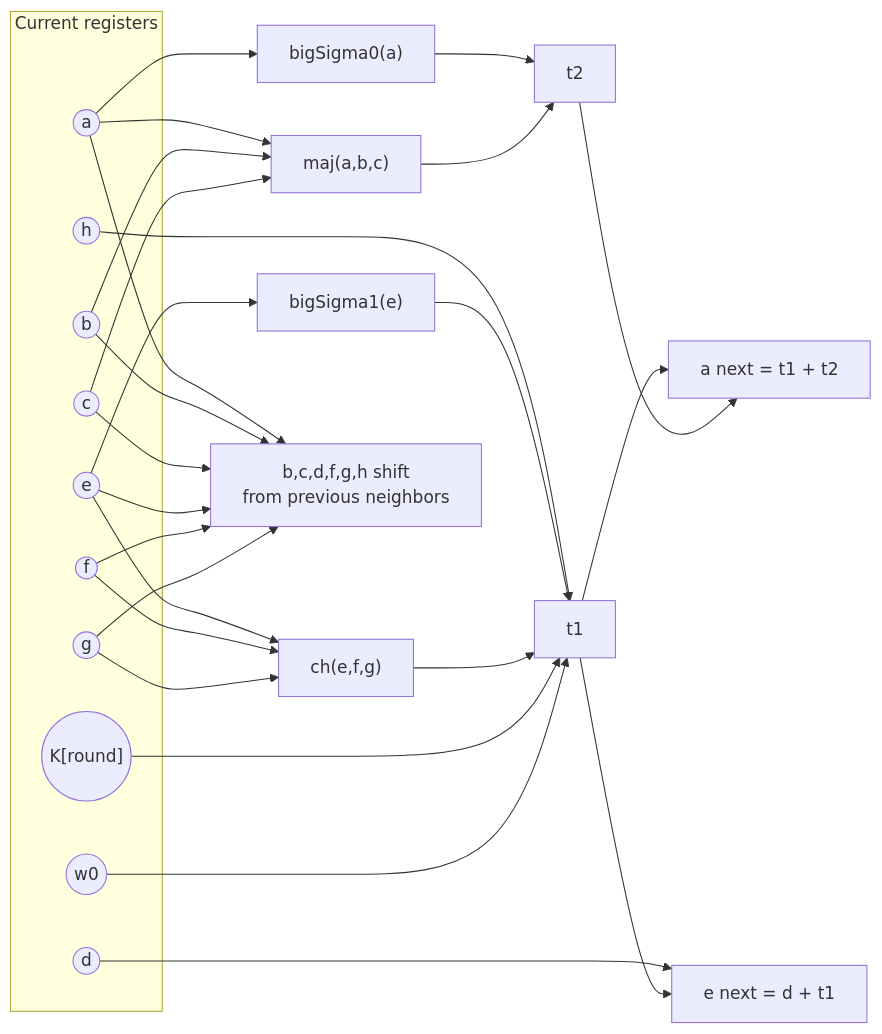
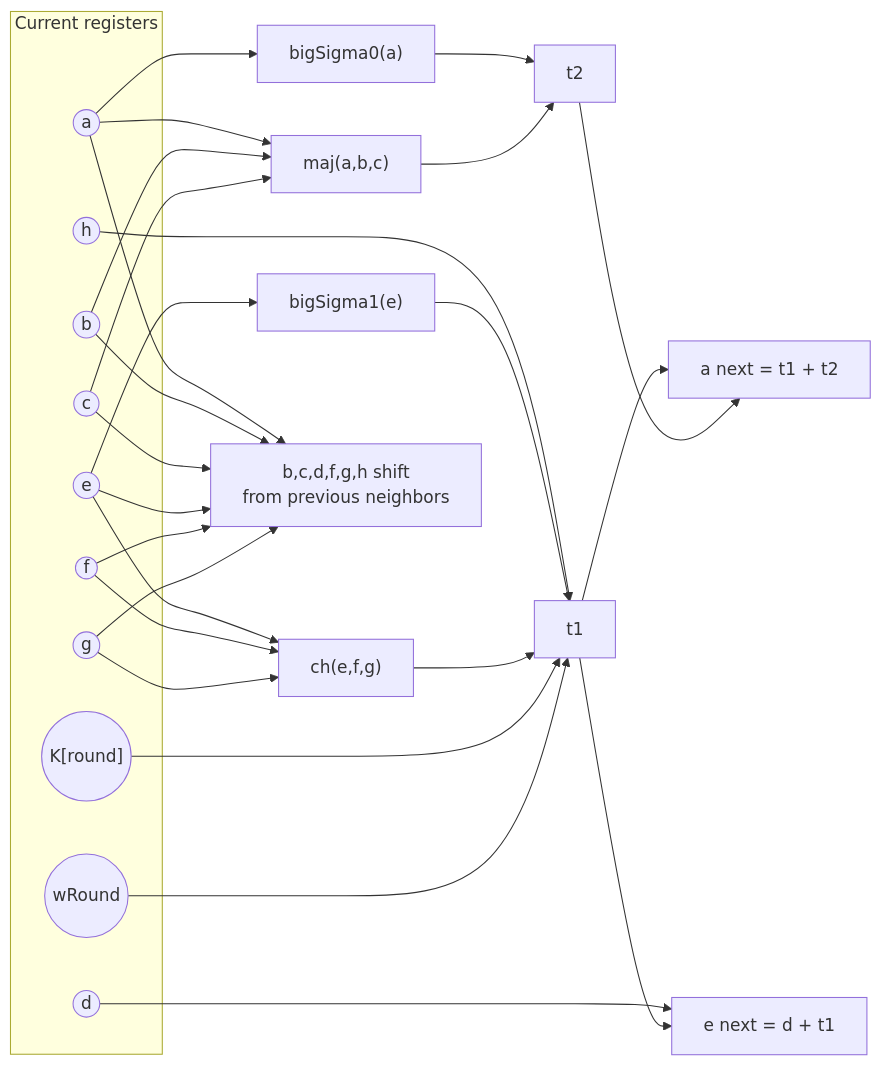
One commit to Distortions81/TangMiner changed the third of 4 diagrams in docs/compression-circuitry.md. Above: the diagram before and after it, drawn with Mermaid. The commit also changed other lines of this file and 12 other files, not shown here.

Commit message:
Set 20K clock to 100 MHz and document mining flows

````diff
--- a/docs/compression-circuitry.md
+++ b/docs/compression-circuitry.md
@@ -121,54 +124,54 @@
 ```mermaid
 flowchart LR
     subgraph inputs["Current registers"]
       a((a))
       b((b))
       c((c))
       d((d))
       e((e))
       f((f))
       g((g))
       h((h))
-      w0((w0))
+      wr((wRound))
       kr(("K[round]"))
     end
 
     s1["bigSigma1(e)"]
     ch["ch(e,f,g)"]
     s0["bigSigma0(a)"]
     maj["maj(a,b,c)"]
     t1["t1"]
     t2["t2"]
 
     anew["a next = t1 + t2"]
     enew["e next = d + t1"]
     shifts["b,c,d,f,g,h shift<br/>from previous neighbors"]
 
     e --> s1
     e --> ch
     f --> ch
     g --> ch
     h --> t1
     s1 --> t1
     ch --> t1
     kr --> t1
-    w0 --> t1
+    wr --> t1
 
     a --> s0
     a --> maj
     b --> maj
     c --> maj
     s0 --> t2
     maj --> t2
 
     t1 --> anew
     t2 --> anew
     d --> enew
     t1 --> enew
     a --> shifts
     b --> shifts
     c --> shifts
     e --> shifts
     f --> shifts
     g --> shifts
 ```
````
